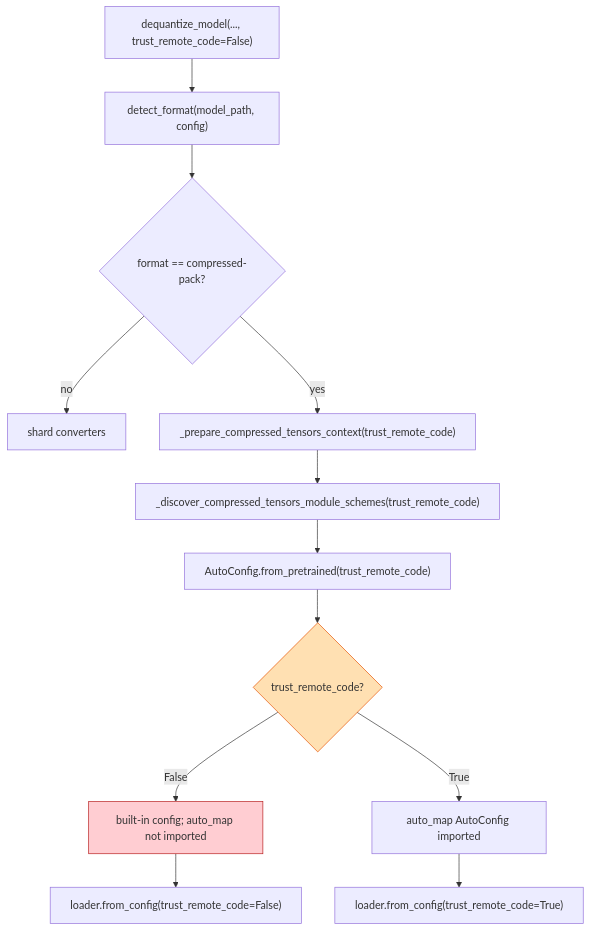
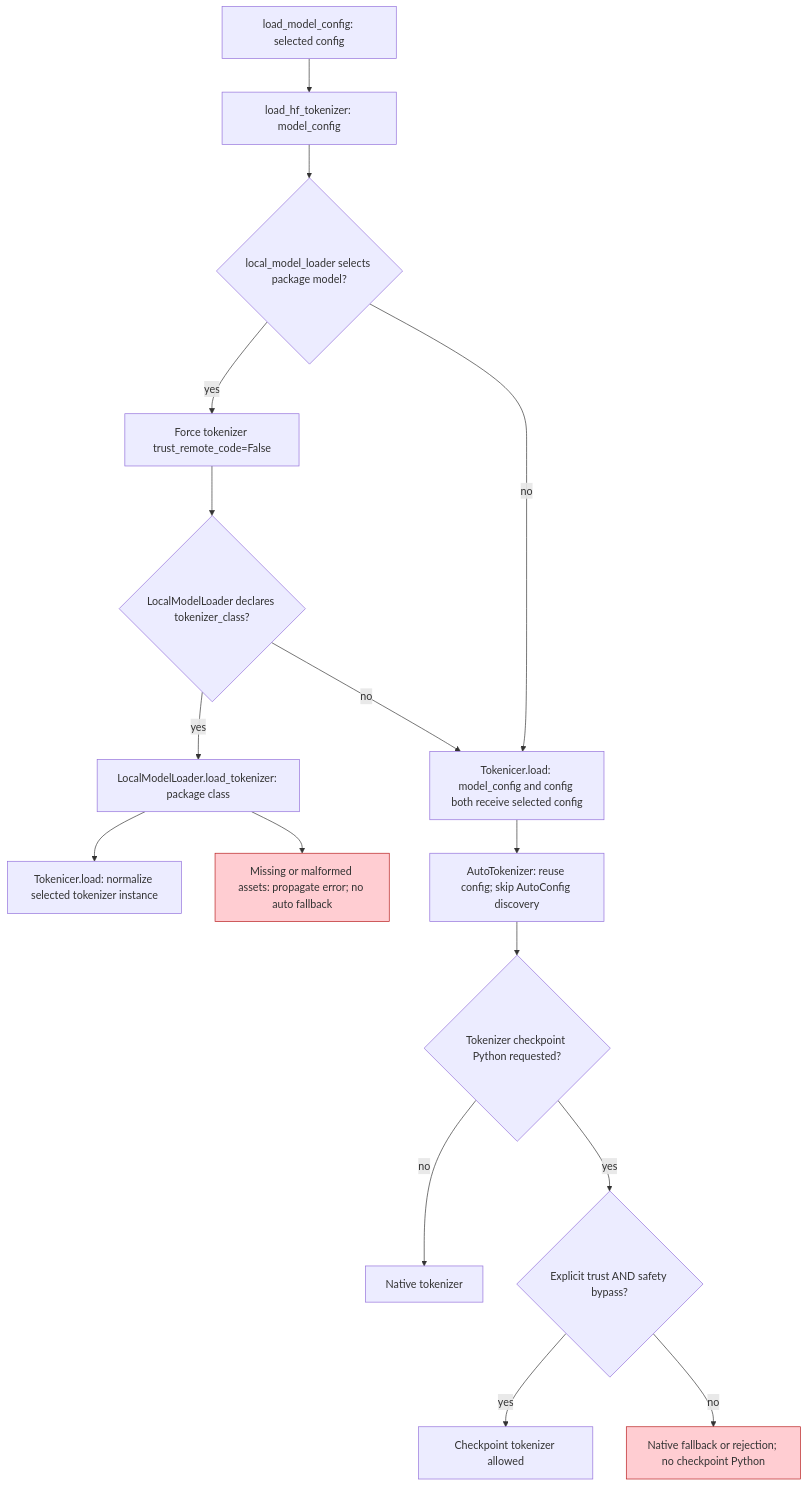
One commit to ModelCloud/GPTQModel changed the fourth of 7 diagrams in docs/trust-remote-code-isolation.md. Above: the diagram before and after it, drawn with Mermaid. The commit also changed other lines of this file and 2458 other files, not shown here.

````diff
--- a/docs/trust-remote-code-isolation.md
+++ b/docs/trust-remote-code-isolation.md
@@ -117,16 +130,20 @@
 ```mermaid
 flowchart TD
-    A["dequantize_model(..., trust_remote_code=False)"] --> B["detect_format(model_path, config)"]
-    B --> C{"format == compressed-pack?"}
-    C -- "no" --> D["shard converters"]
-    C -- "yes" --> E["_prepare_compressed_tensors_context(trust_remote_code)"]
-    E --> F["_discover_compressed_tensors_module_schemes(trust_remote_code)"]
-    F --> G["AutoConfig.from_pretrained(trust_remote_code)"]
-    G --> H{"trust_remote_code?"}
-    H -- "False" --> I["built-in config; auto_map not imported"]
-    H -- "True" --> J["auto_map AutoConfig imported"]
-    I --> K["loader.from_config(trust_remote_code=False)"]
-    J --> L["loader.from_config(trust_remote_code=True)"]
-    style H fill:#ffe0b2,stroke:#e65100
+    A["load_model_config: selected config"] --> B["load_hf_tokenizer: model_config"]
+    B --> J{"local_model_loader selects package model?"}
+    J -- yes --> K["Force tokenizer trust_remote_code=False"]
+    J -- no --> C
+    K --> L{"LocalModelLoader declares tokenizer_class?"}
+    L -- yes --> M["LocalModelLoader.load_tokenizer: package class"]
+    M --> N["Tokenicer.load: normalize selected tokenizer instance"]
+    M --> O["Missing or malformed assets: propagate error; no auto fallback"]
+    L -- no --> C["Tokenicer.load: model_config and config both receive selected config"]
+    C --> D["AutoTokenizer: reuse config; skip AutoConfig discovery"]
+    D --> E{"Tokenizer checkpoint Python requested?"}
+    E -- no --> F["Native tokenizer"]
+    E -- yes --> G{"Explicit trust AND safety bypass?"}
+    G -- yes --> H["Checkpoint tokenizer allowed"]
+    G -- no --> I["Native fallback or rejection; no checkpoint Python"]
     style I fill:#ffcdd2,stroke:#b71c1c
+    style O fill:#ffcdd2,stroke:#b71c1c
 ```
````
